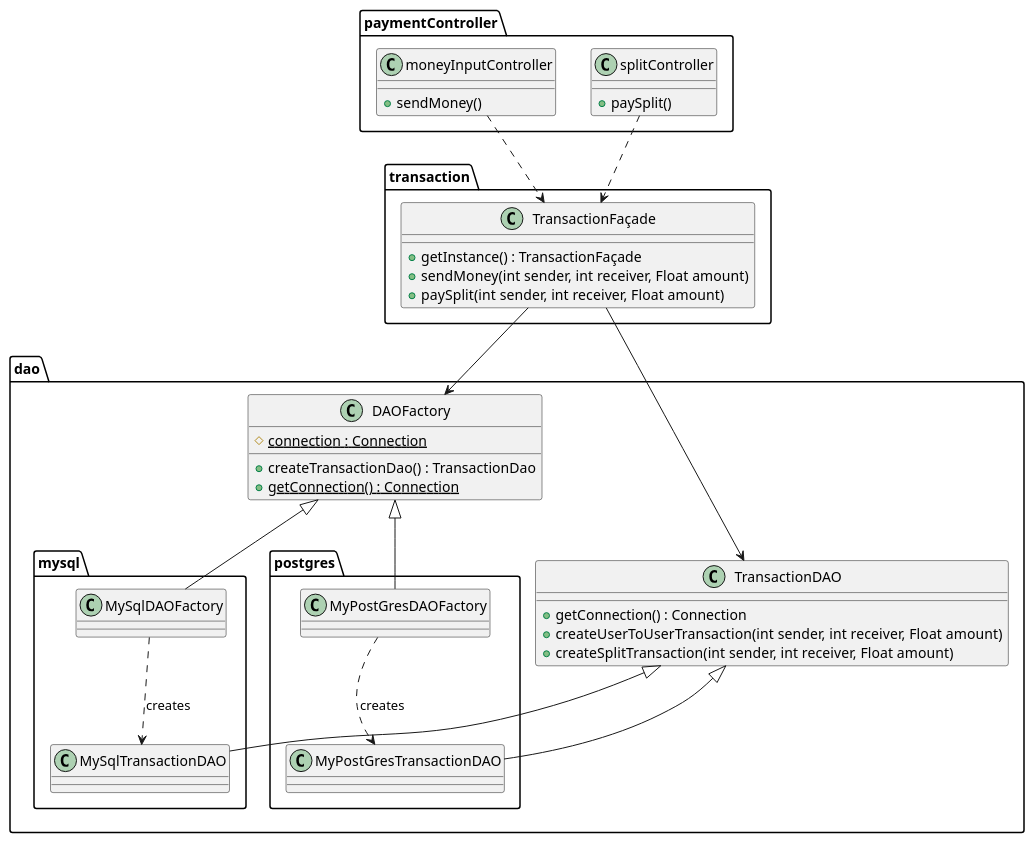
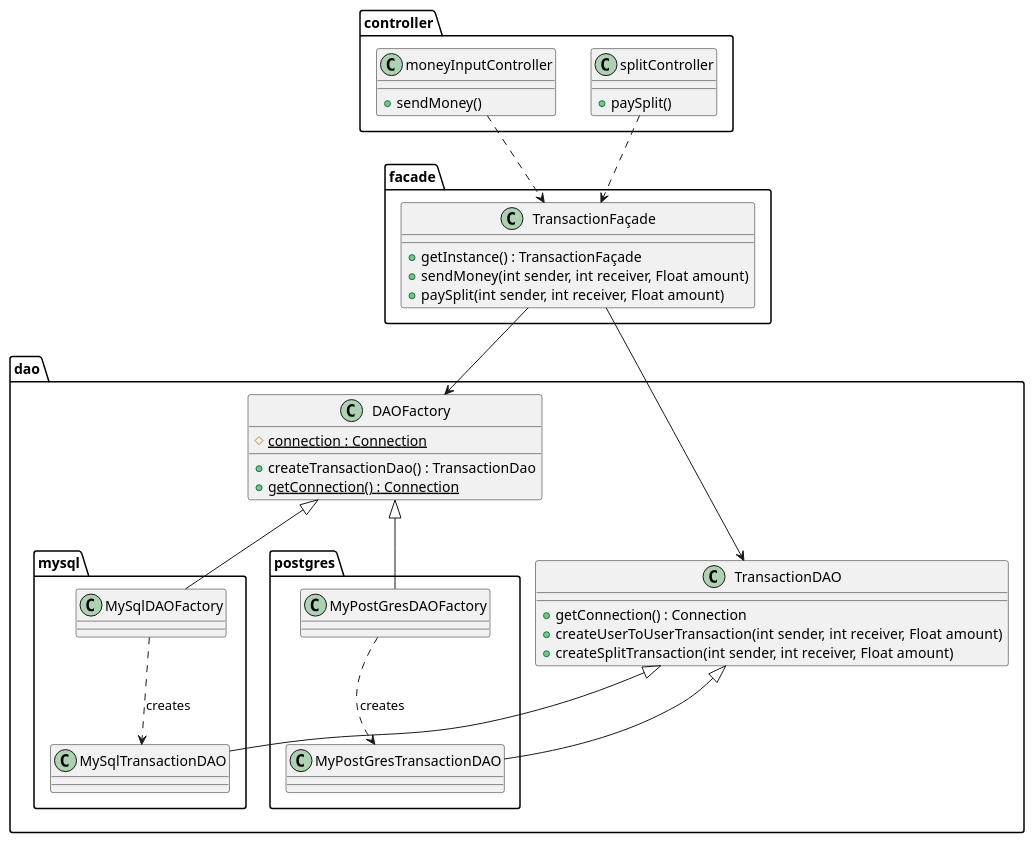
Before and after one commit to Julien-Wiegandt/SplitPay: the diagram in documentation/software_design/make_payment/make_payment_class_diagram.puml, drawn with PlantUML. The commit also changed 1 other file, not shown here.

```diff
--- a/documentation/software_design/make_payment/make_payment_class_diagram.puml
+++ b/documentation/software_design/make_payment/make_payment_class_diagram.puml
@@ -1,57 +1,57 @@
 @startuml make_payment
 
-package paymentController <<Folder>> {
+package controller <<Folder>> {
   class moneyInputController {
     +sendMoney()
   }
   class splitController {
     +paySplit()
   }
 }
 
-package transaction <<Folder>> {
+package facade <<Folder>> {
   class TransactionFaçade {
     +getInstance() : TransactionFaçade
     +sendMoney(int sender, int receiver, Float amount)
     +paySplit(int sender, int receiver, Float amount)
   }
 }
 
 package dao <<Folder>> {
   class DAOFactory {
     #{static}connection : Connection
     +createTransactionDao() : TransactionDao
     +{static}getConnection() : Connection
   }
 
   package mysql <<Folder>> {
     class MySqlDAOFactory {}
     class MySqlTransactionDAO {}
     MySqlDAOFactory .down.> MySqlTransactionDAO : creates
   }
   
   package postgres <<Folder>> {
     class MyPostGresDAOFactory {}
     class MyPostGresTransactionDAO {}
     MyPostGresDAOFactory .down.> MyPostGresTransactionDAO : creates
   }
   class TransactionDAO {
     +getConnection() : Connection
     +createUserToUserTransaction(int sender, int receiver, Float amount)
     +createSplitTransaction(int sender, int receiver, Float amount)
   }
 
   DAOFactory <|-- MySqlDAOFactory
   DAOFactory <|-- MyPostGresDAOFactory    
   TransactionDAO <|-- MyPostGresTransactionDAO
   TransactionDAO <|-- MySqlTransactionDAO
 
 }
 
 moneyInputController .down.> TransactionFaçade
 splitController .down.> TransactionFaçade
 
 TransactionFaçade -down-> DAOFactory
 TransactionFaçade --> TransactionDAO
 
 @enduml
```
